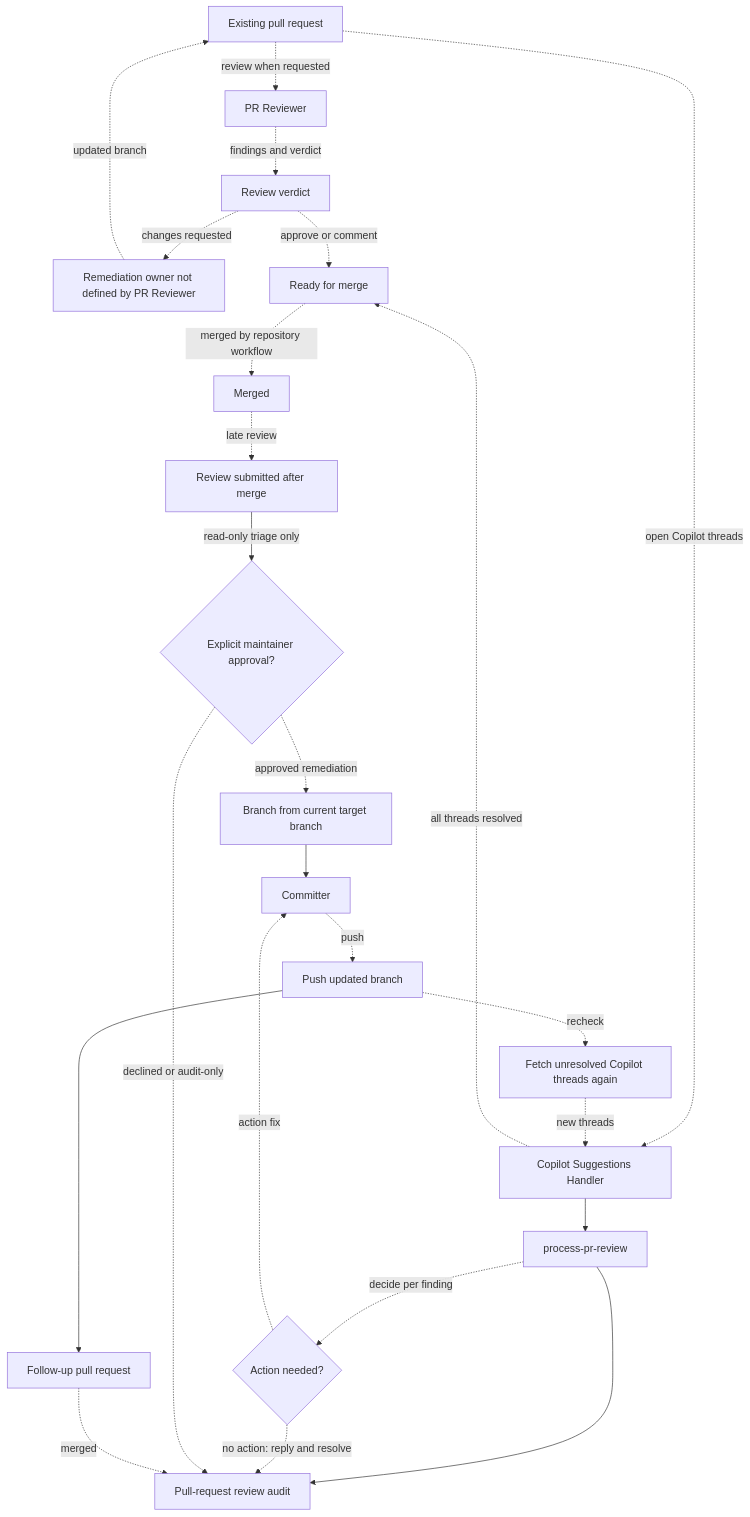
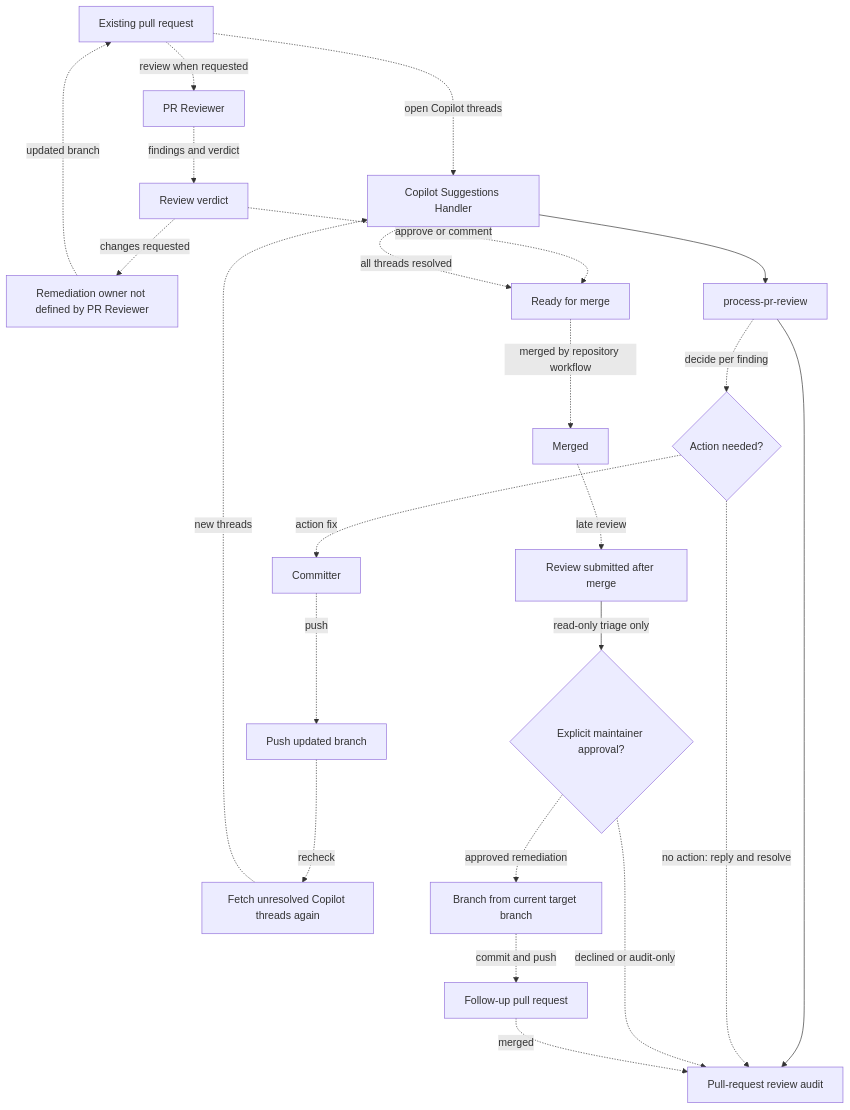
The third of 3 diagrams in docs/agents/orchestration.md (torrust/torrust-tracker), drawn with Mermaid before and after one commit. The commit also changed 6 other files, not shown here.

````diff
--- a/docs/agents/orchestration.md
+++ b/docs/agents/orchestration.md
@@ -138,44 +138,43 @@
 ```mermaid
 flowchart TD
   existing_pr[Existing pull request]
   pr_reviewer_detail[PR Reviewer]
   pr_verdict[Review verdict]
   remediation[Remediation owner not defined by PR Reviewer]
   copilot_handler_detail[Copilot Suggestions Handler]
   process_pr_review_detail[process-pr-review]
   pr_review_audit_detail[Pull-request review audit]
   action_decision{Action needed?}
   committer_detail[Committer]
   push_update[Push updated branch]
   refetch_threads[Fetch unresolved Copilot threads again]
   merge_ready_detail[Ready for merge]
   merged_detail[Merged]
   late_review_detail[Review submitted after merge]
   maintainer_approval_detail{Explicit maintainer approval?}
   follow_up_branch[Branch from current target branch]
   follow_up_pr_detail[Follow-up pull request]
 
   existing_pr -. review when requested .-> pr_reviewer_detail
   pr_reviewer_detail -. findings and verdict .-> pr_verdict
   pr_verdict -. changes requested .-> remediation
   remediation -. updated branch .-> existing_pr
   pr_verdict -. approve or comment .-> merge_ready_detail
   existing_pr -. open Copilot threads .-> copilot_handler_detail
   copilot_handler_detail --> process_pr_review_detail
   process_pr_review_detail --> pr_review_audit_detail
   process_pr_review_detail -. decide per finding .-> action_decision
   action_decision -. action fix .-> committer_detail
   committer_detail -. push .-> push_update
   push_update -. recheck .-> refetch_threads
   refetch_threads -. new threads .-> copilot_handler_detail
   action_decision -. no action: reply and resolve .-> pr_review_audit_detail
   copilot_handler_detail -. all threads resolved .-> merge_ready_detail
   merge_ready_detail -. merged by repository workflow .-> merged_detail
   merged_detail -. late review .-> late_review_detail
   late_review_detail -->|read-only triage only| maintainer_approval_detail
   maintainer_approval_detail -. declined or audit-only .-> pr_review_audit_detail
   maintainer_approval_detail -. approved remediation .-> follow_up_branch
-  follow_up_branch --> committer_detail
-  push_update --> follow_up_pr_detail
+  follow_up_branch -. commit and push .-> follow_up_pr_detail
   follow_up_pr_detail -. merged .-> pr_review_audit_detail
 ```
````
